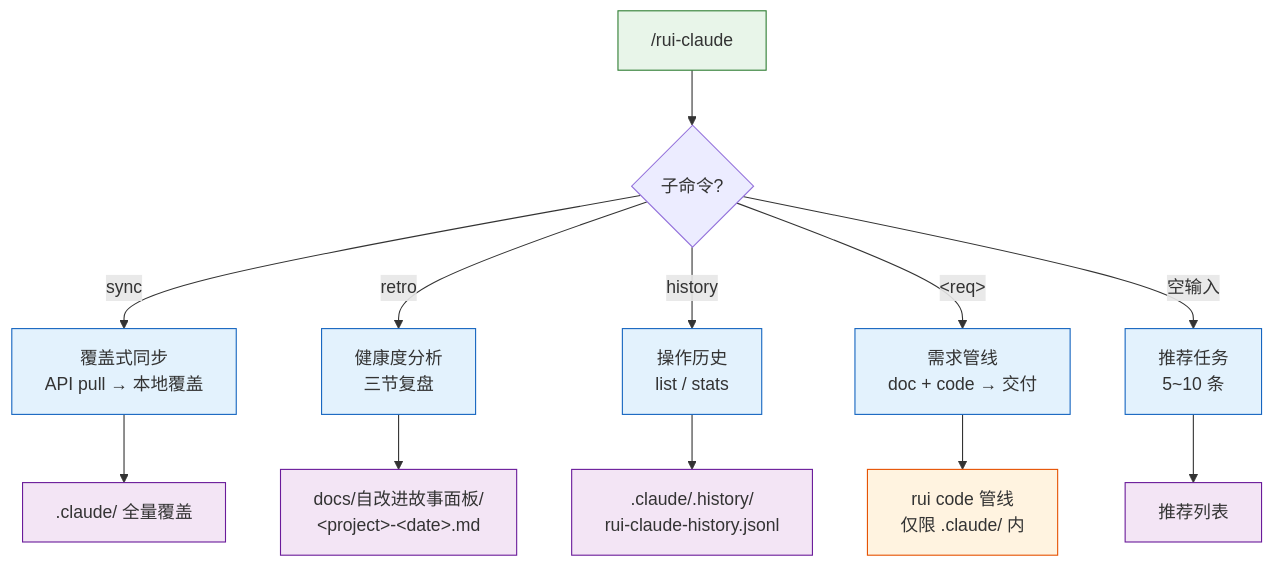
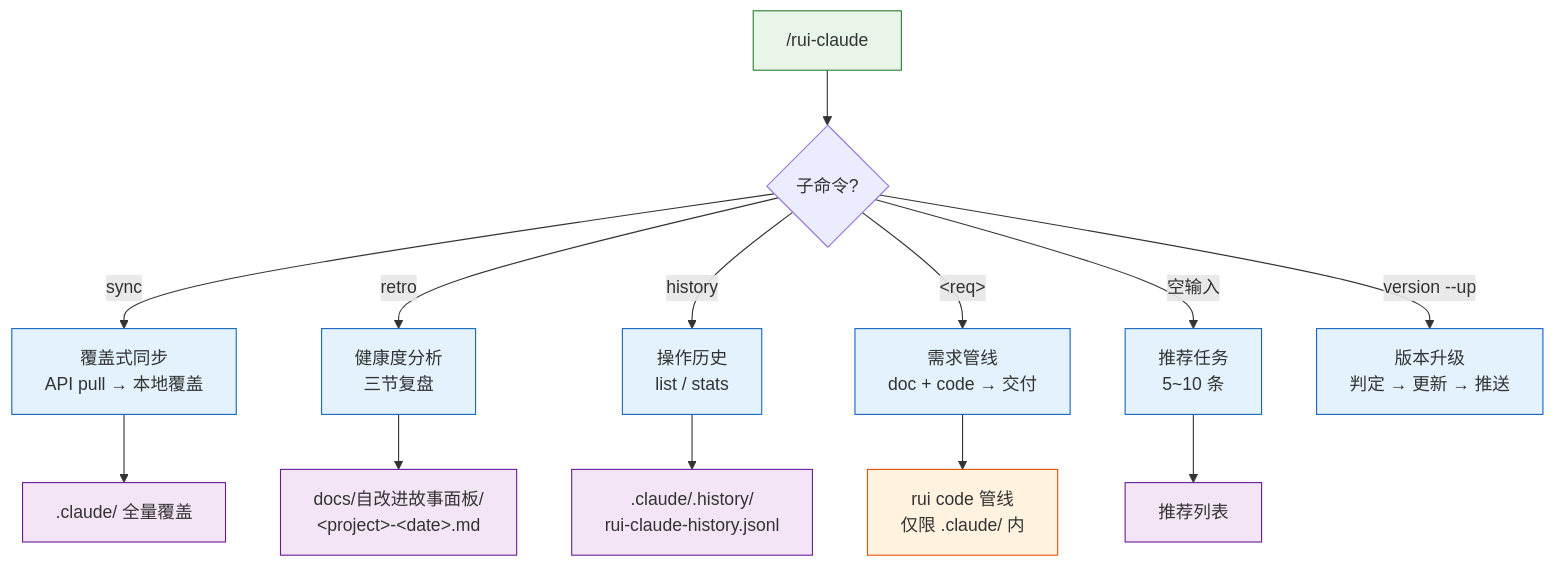
Before and after one commit to effiy/YrY: the first of 8 diagrams in skills/rui-claude/SKILL.md, drawn with Mermaid. The commit also changed other lines of this file and 8 other files, not shown here.

````diff
--- a/skills/rui-claude/SKILL.md
+++ b/skills/rui-claude/SKILL.md
@@ -18,21 +18,22 @@
 ```mermaid
 flowchart TB
     ENTRY["/rui-claude"]:::src --> Q1{"子命令?"}
 
     Q1 -->|"sync"| SYNC["覆盖式同步<br/>API pull → 本地覆盖"]:::cmd
     Q1 -->|"retro"| RETRO["健康度分析<br/>三节复盘"]:::cmd
     Q1 -->|"history"| HIST["操作历史<br/>list / stats"]:::cmd
     Q1 -->|"&lt;req&gt;"| REQ["需求管线<br/>doc + code → 交付"]:::cmd
     Q1 -->|"空输入"| LIST["推荐任务<br/>5~10 条"]:::cmd
+    Q1 -->|"version --up"| VERUP["版本升级<br/>判定 → 更新 → 推送"]:::cmd
 
     SYNC --> S_OUT[".claude/ 全量覆盖"]:::out
     RETRO --> R_OUT["docs/自改进故事面板/<br/>&lt;project&gt;-&lt;date&gt;.md"]:::out
     HIST --> H_OUT[".claude/.history/<br/>rui-claude-history.jsonl"]:::out
     REQ --> PIPE["rui code 管线<br/>仅限 .claude/ 内"]:::pipe
     LIST --> L_OUT["推荐列表"]:::out
 
     classDef src fill:#e8f5e9,stroke:#2e7d32;
     classDef cmd fill:#e3f2fd,stroke:#1565c0;
     classDef out fill:#f3e5f5,stroke:#6a1b9a;
     classDef pipe fill:#fff3e0,stroke:#e65100;
 ```
````
